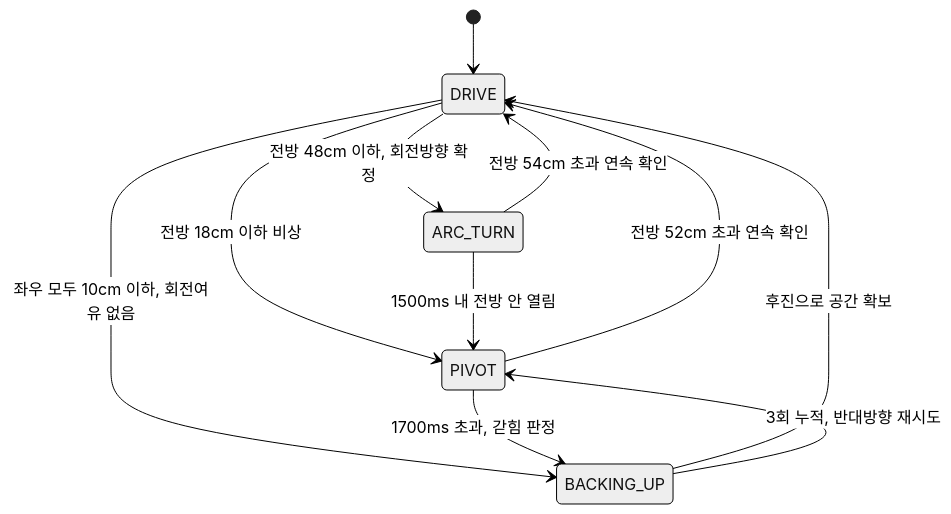
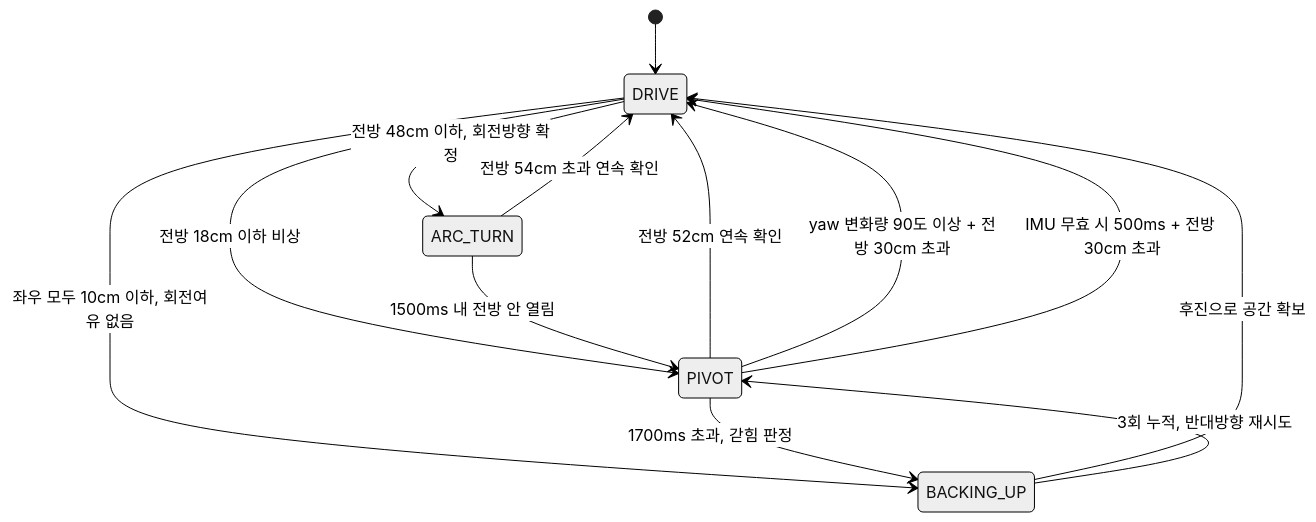
Before and after one commit to dlgus0630/Project03_SelfDrivingCar: the third of 3 diagrams in README.md, drawn with Mermaid (neutral theme). The commit also changed other lines of this file and 8 other files, not shown here.

Commit message:
Add yaw-based pivot control and update README

````diff
--- a/README.md
+++ b/README.md
@@ -544,13 +567,15 @@
 ```mermaid
 stateDiagram-v2
     [*] --> DRIVE
     DRIVE --> ARC_TURN : 전방 48cm 이하, 회전방향 확정
     DRIVE --> PIVOT : 전방 18cm 이하 비상
     DRIVE --> BACKING_UP : 좌우 모두 10cm 이하, 회전여유 없음
     ARC_TURN --> DRIVE : 전방 54cm 초과 연속 확인
     ARC_TURN --> PIVOT : 1500ms 내 전방 안 열림
-    PIVOT --> DRIVE : 전방 52cm 초과 연속 확인
+    PIVOT --> DRIVE : 전방 52cm 연속 확인
+    PIVOT --> DRIVE : yaw 변화량 90도 이상 + 전방 30cm 초과
+    PIVOT --> DRIVE : IMU 무효 시 500ms + 전방 30cm 초과
     PIVOT --> BACKING_UP : 1700ms 초과, 갇힘 판정
     BACKING_UP --> DRIVE : 후진으로 공간 확보
     BACKING_UP --> PIVOT : 3회 누적, 반대방향 재시도
 ```
````
